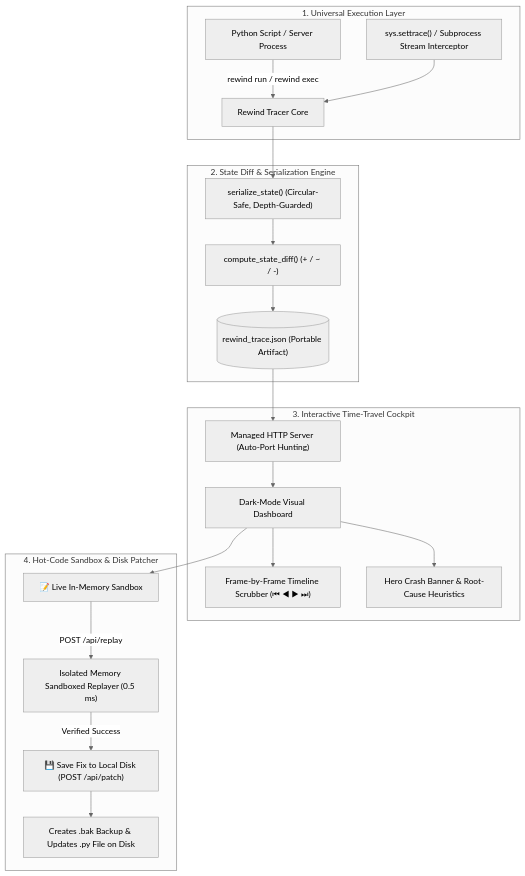
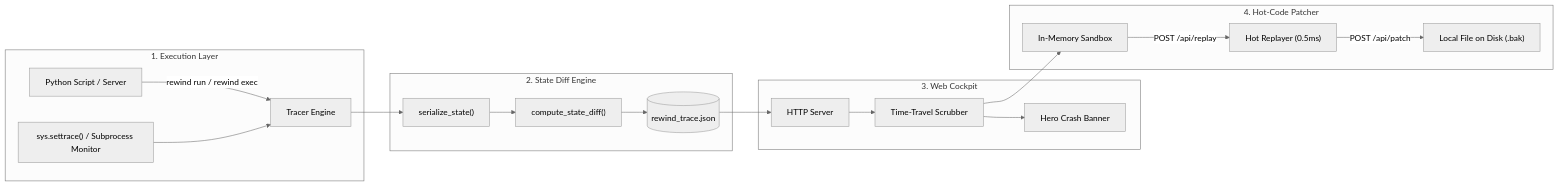
The diagram in README.md (hrinkar01/rewind), drawn with Mermaid (neutral theme) before and after one commit. The commit also changed other lines of this file, not shown here.

````diff
--- a/README.md
+++ b/README.md
@@ -76,27 +71,25 @@
 ```mermaid
-flowchart TD
-    subgraph ExecutionLayer ["1. Universal Execution Layer"]
-        A["Python Script / Server Process"] -->|"rewind run / rewind exec"| B["Rewind Tracer Core"]
-        C["sys.settrace() / Subprocess Stream Interceptor"] --> B
+flowchart LR
+    subgraph Execution ["1. Execution Layer"]
+        A["Python Script / Server"] -->|"rewind run / rewind exec"| B["Tracer Engine"]
+        C["sys.settrace() / Subprocess Monitor"] --> B
     end
 
-    subgraph DiffEngine ["2. State Diff & Serialization Engine"]
-        B --> D["serialize_state() (Circular-Safe, Depth-Guarded)"]
-        D --> E["compute_state_diff() (+ / ~ / -)"]
-        E --> F[("rewind_trace.json (Portable Artifact)")]
+    subgraph DiffEngine ["2. State Diff Engine"]
+        B --> D["serialize_state()"]
+        D --> E["compute_state_diff()"]
+        E --> F[("rewind_trace.json")]
     end
 
-    subgraph WebScrubber ["3. Interactive Time-Travel Cockpit"]
-        F --> G["Managed HTTP Server (Auto-Port Hunting)"]
-        G --> H["Dark-Mode Visual Dashboard"]
-        H --> I["Frame-by-Frame Timeline Scrubber (⏮ ◀ ▶ ⏭)"]
-        H --> J["Hero Crash Banner & Root-Cause Heuristics"]
+    subgraph Dashboard ["3. Web Cockpit"]
+        F --> G["HTTP Server"]
+        G --> H["Time-Travel Scrubber"]
+        H --> I["Hero Crash Banner"]
     end
 
-    subgraph SandboxEngine ["4. Hot-Code Sandbox & Disk Patcher"]
-        H --> K["📝 Live In-Memory Sandbox"]
-        K -->|"POST /api/replay"| L["Isolated Memory Sandboxed Replayer (0.5 ms)"]
-        L -->|"Verified Success"| M["💾 Save Fix to Local Disk (POST /api/patch)"]
-        M --> N["Creates .bak Backup & Updates .py File on Disk"]
+    subgraph Sandbox ["4. Hot-Code Patcher"]
+        H --> J["In-Memory Sandbox"]
+        J -->|"POST /api/replay"| K["Hot Replayer (0.5ms)"]
+        K -->|"POST /api/patch"| L["Local File on Disk (.bak)"]
     end
 ```
````
